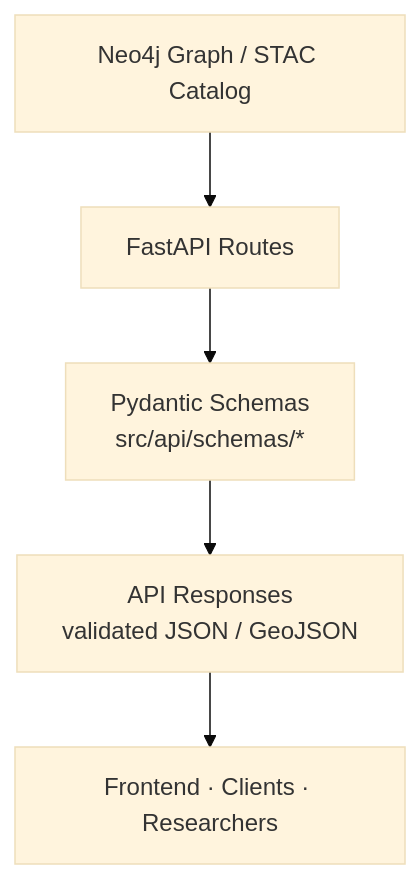
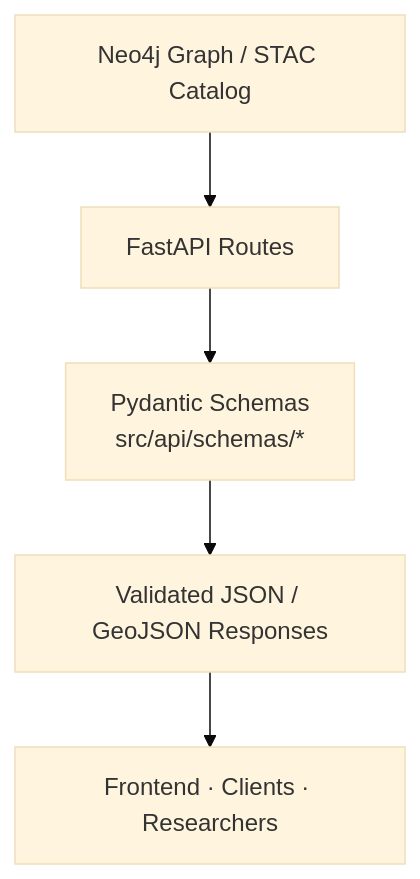
One commit to bartytime4life/Kansas-Frontier-Matrix changed the diagram in src/api/schemas/README.md. Above: the diagram before and after it, drawn with Mermaid (base theme). The commit also changed other lines of this file, not shown here.

`````diff
--- a/src/api/schemas/README.md
+++ b/src/api/schemas/README.md
@@ -37,7 +58,7 @@
 ```mermaid
 flowchart TD
     A["Neo4j Graph / STAC Catalog"] --> B["FastAPI Routes"]
     B --> C["Pydantic Schemas<br/>src/api/schemas/*"]
-    C --> D["API Responses<br/>validated JSON / GeoJSON"]
+    C --> D["Validated JSON / GeoJSON Responses"]
     D --> E["Frontend · Clients · Researchers"]
-````
+```
`````
